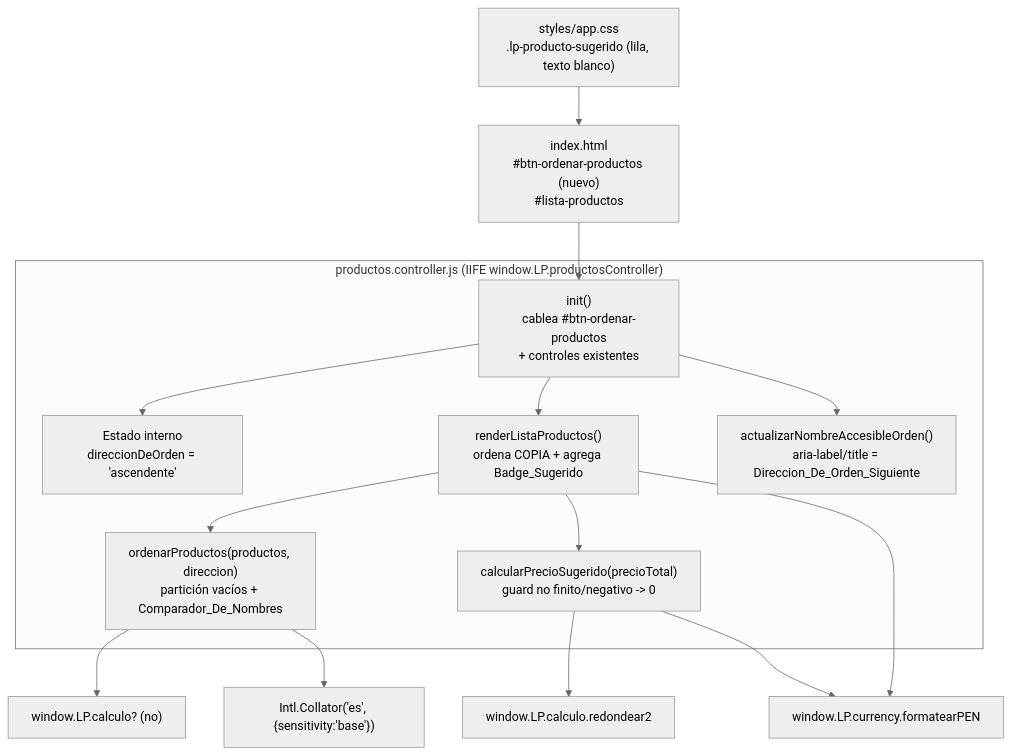
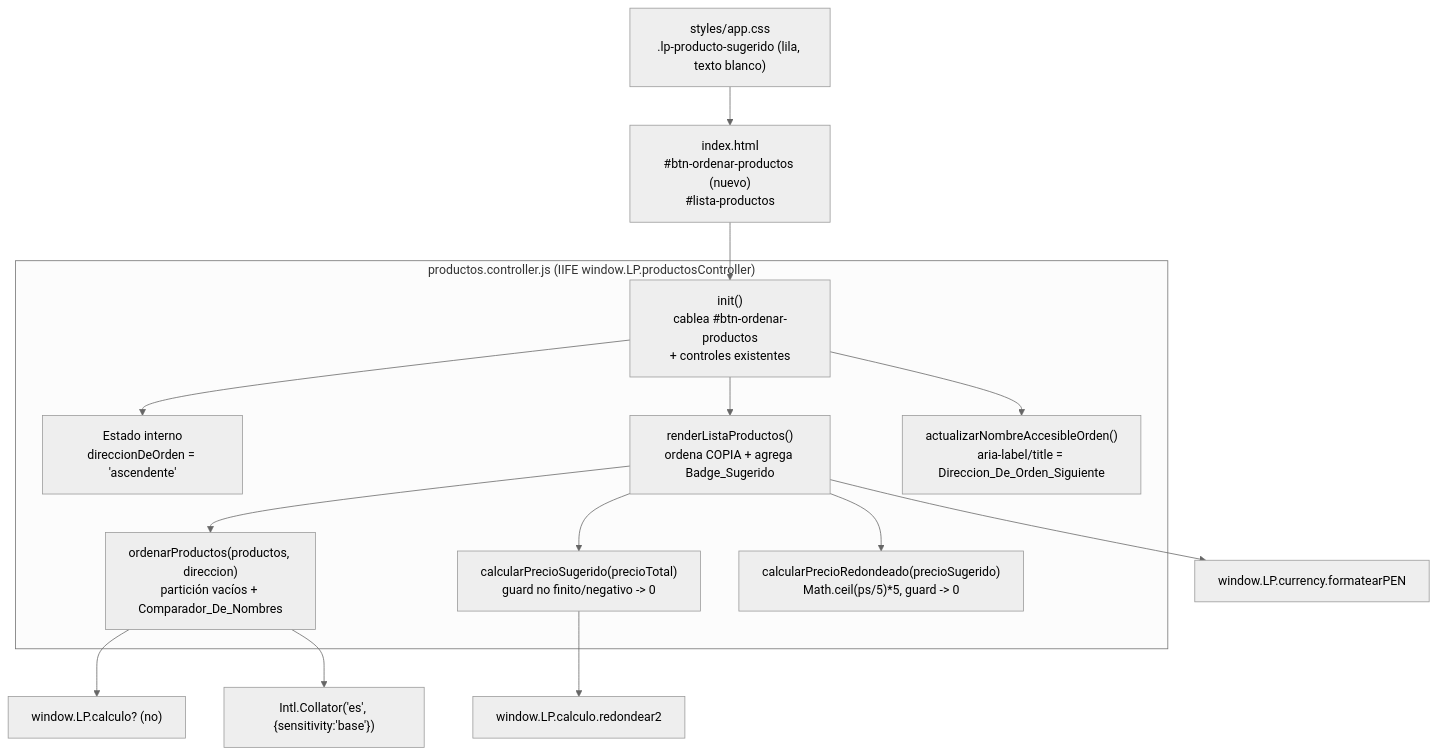
One commit to scolllly/CalculadoraItems changed the diagram in .kiro/specs/product-list-sort-and-suggested-price/design.md. Above: the diagram before and after it, drawn with Mermaid (neutral theme). The commit also changed other lines of this file and 5 other files, not shown here.

````diff
--- a/.kiro/specs/product-list-sort-and-suggested-price/design.md
+++ b/.kiro/specs/product-list-sort-and-suggested-price/design.md
@@ -48,26 +52,27 @@
 ```mermaid
 flowchart TD
     A["index.html<br/>#btn-ordenar-productos (nuevo)<br/>#lista-productos"] --> B
 
     subgraph Controlador["productos.controller.js (IIFE window.LP.productosController)"]
         B["init()<br/>cablea #btn-ordenar-productos<br/>+ controles existentes"]
         C["Estado interno<br/>direccionDeOrden = 'ascendente'"]
         D["renderListaProductos()<br/>ordena COPIA + agrega Badge_Sugerido"]
         E["ordenarProductos(productos, direccion)<br/>partición vacíos + Comparador_De_Nombres"]
         F["calcularPrecioSugerido(precioTotal)<br/>guard no finito/negativo -> 0"]
+        M["calcularPrecioRedondeado(precioSugerido)<br/>Math.ceil(ps/5)*5, guard -> 0"]
         G["actualizarNombreAccesibleOrden()<br/>aria-label/title = Direccion_De_Orden_Siguiente"]
         B --> C
         B --> D
         D --> E
         D --> F
+        D --> M
         B --> G
     end
 
     E --> H["window.LP.calculo? (no)"]
     F --> I["window.LP.calculo.redondear2"]
-    F --> J["window.LP.currency.formatearPEN"]
-    D --> J
+    D --> J["window.LP.currency.formatearPEN"]
     E --> K["Intl.Collator('es', {sensitivity:'base'})"]
 
     L["styles/app.css<br/>.lp-producto-sugerido (lila, texto blanco)"] --> A
 ```
````
